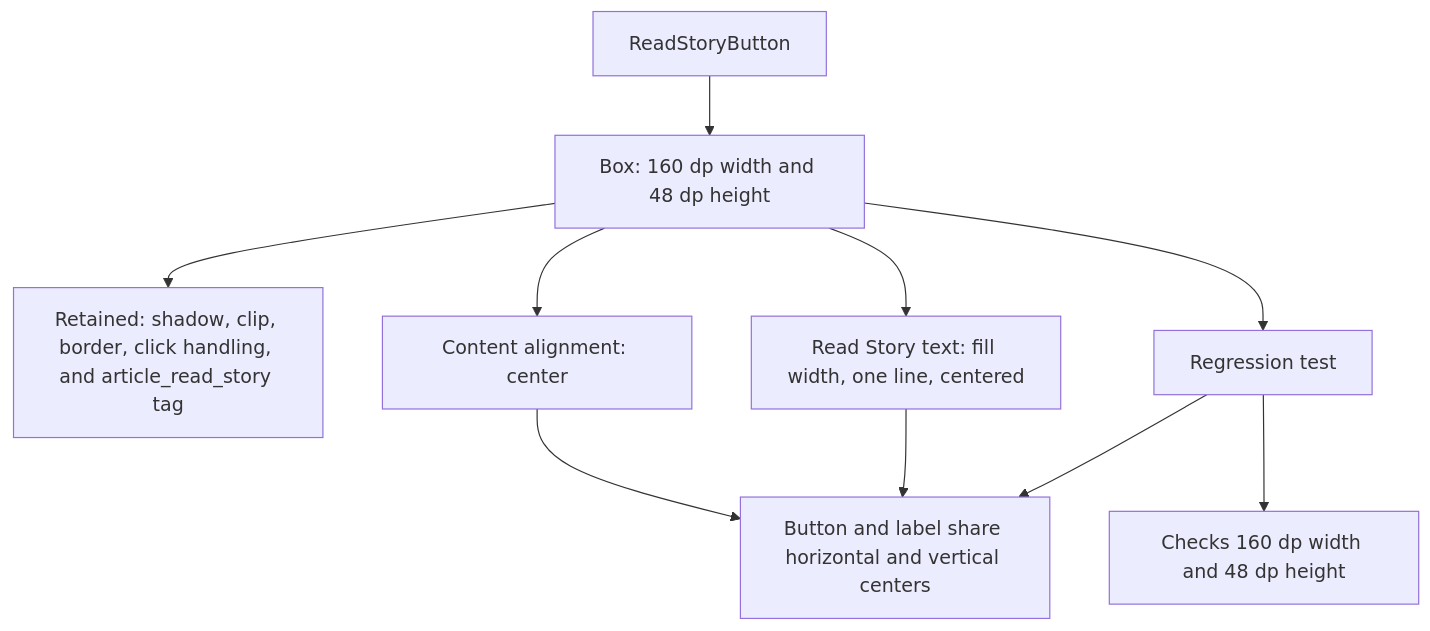
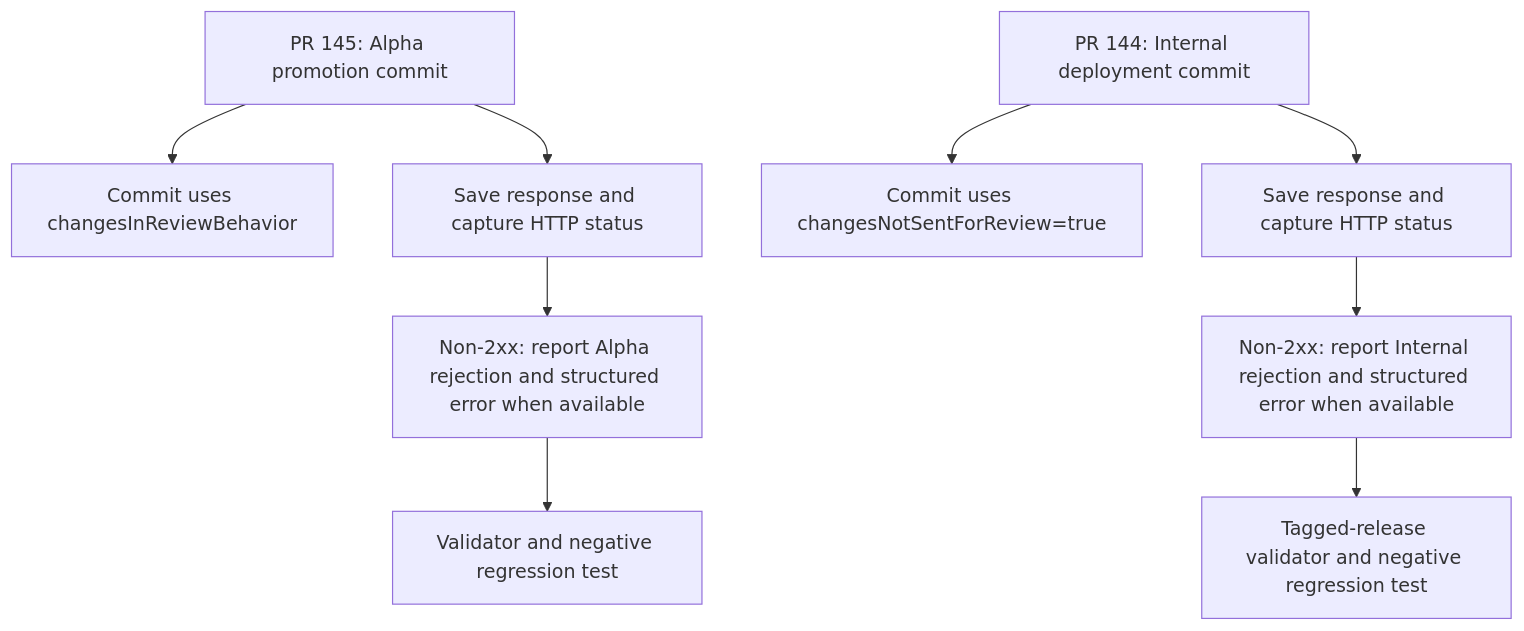
The diagram in diagrams/updates/AUTOMATED_NUTSNEWS_ANDROID_MERGE_LOG.mmd (ramideltoro/nutsnews-docs), drawn with Mermaid before and after one commit. The commit also changed 5 other files, not shown here.

```diff
--- a/diagrams/updates/AUTOMATED_NUTSNEWS_ANDROID_MERGE_LOG.mmd
+++ b/diagrams/updates/AUTOMATED_NUTSNEWS_ANDROID_MERGE_LOG.mmd
@@ -1,13 +1,13 @@
 flowchart TD
-  accTitle: Fixed-width centered Read Story button after merge 143
-  accDescr: PR 143 renders the home-feed Read Story control at 160 by 48 dp and centers its one-line label; its regression test checks the dimensions and label center.
+  accTitle: Google Play commit handling after merges 145 and 144
+  accDescr: PR 145 records Alpha commit responses and reports HTTP status with a structured Play error when available. PR 144 does the same for Internal commits and sends changesNotSentForReview=true to avoid disrupting an active Alpha review.
 
-  button[ReadStoryButton] --> box[Box: 160 dp width and 48 dp height]
-  box --> retained[Retained: shadow, clip, border, click handling, and article_read_story tag]
-  box --> label[Read Story text: fill width, one line, centered]
-  box --> centered[Content alignment: center]
-  centered --> alignment[Button and label share horizontal and vertical centers]
-  label --> alignment
-  box --> test[Regression test]
-  test --> dimensions[Checks 160 dp width and 48 dp height]
-  test --> alignment
+  alpha[PR 145: Alpha promotion commit] --> alphaRequest[Commit uses changesInReviewBehavior]
+  alpha --> alphaResponse[Save response and capture HTTP status]
+  alphaResponse --> alphaFailure[Non-2xx: report Alpha rejection and structured error when available]
+  alphaFailure --> alphaValidation[Validator and negative regression test]
+
+  internal[PR 144: Internal deployment commit] --> internalRequest[Commit uses changesNotSentForReview=true]
+  internal --> internalResponse[Save response and capture HTTP status]
+  internalResponse --> internalFailure[Non-2xx: report Internal rejection and structured error when available]
+  internalFailure --> internalValidation[Tagged-release validator and negative regression test]
```
